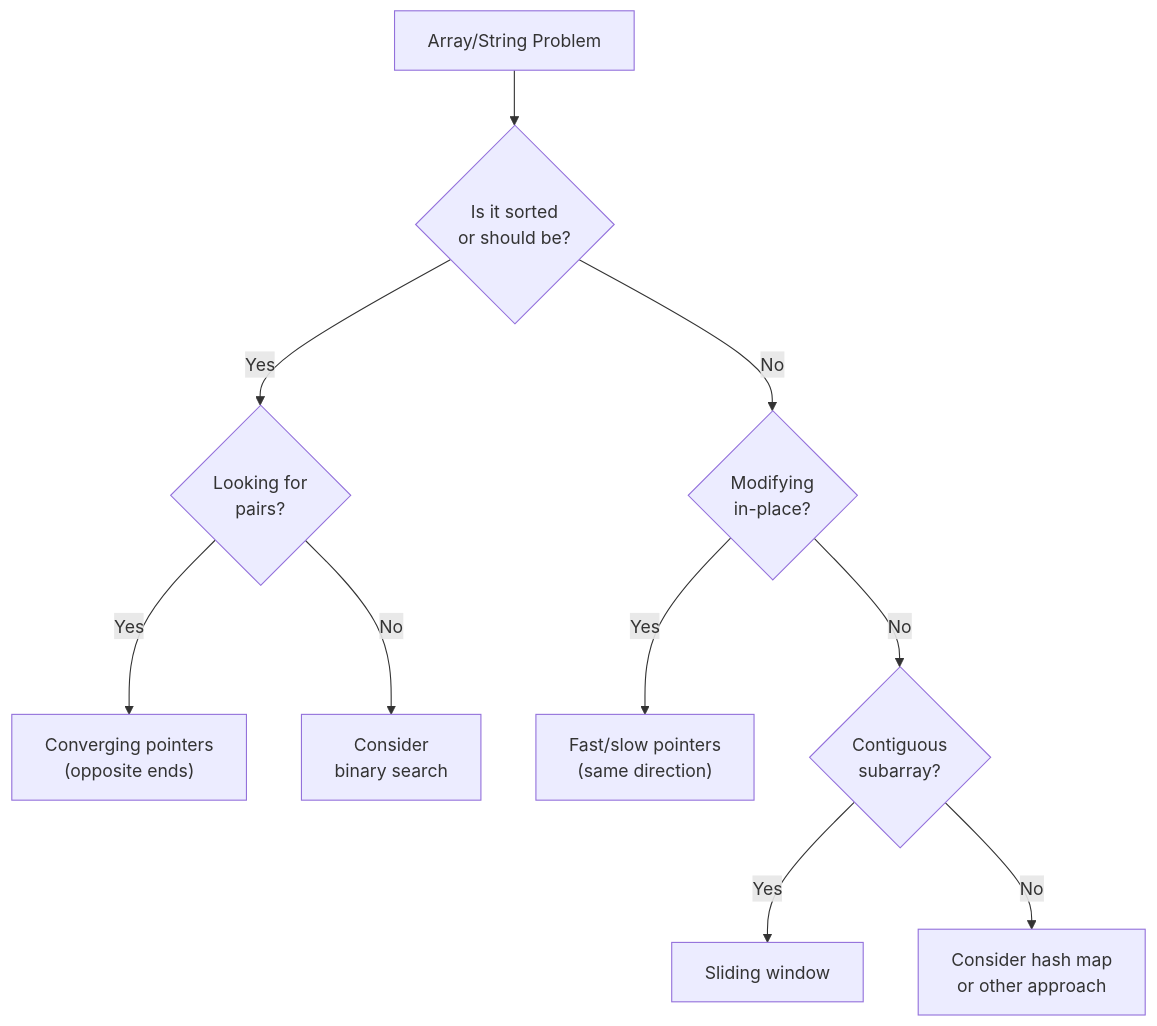
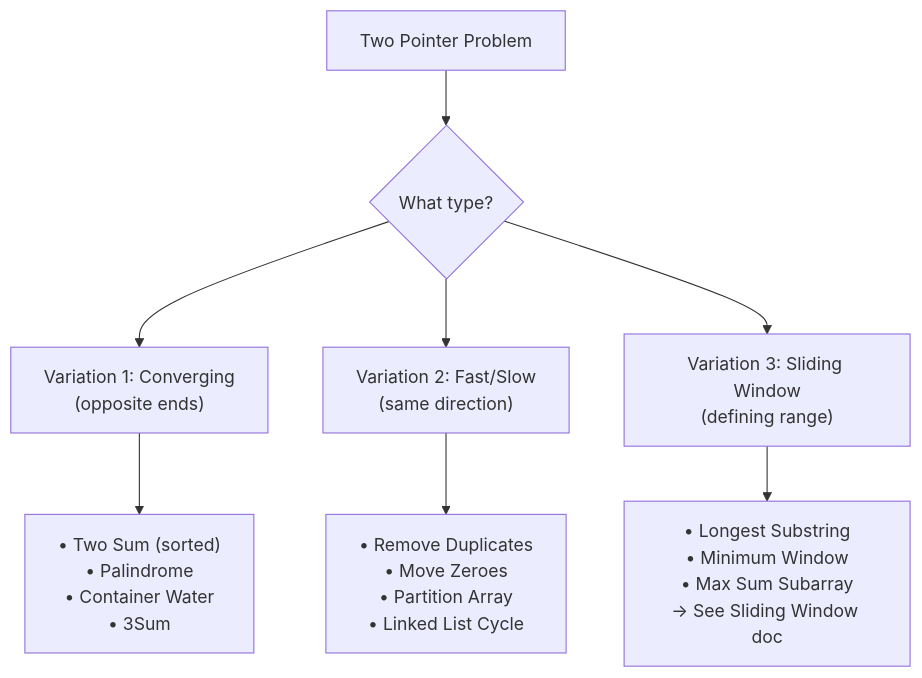
One commit to shivam-g-mishra/blog changed the diagram in docs/interview-guide/coding/patterns/array-patterns/two-pointers.md. Above: the diagram before and after it, drawn with Mermaid. The commit also changed other lines of this file and 69 other files, not shown here.

````diff
--- a/docs/interview-guide/coding/patterns/array-patterns/two-pointers.md
+++ b/docs/interview-guide/coding/patterns/array-patterns/two-pointers.md
@@ -297,16 +69,14 @@
 ```mermaid
 flowchart TD
-    start["Array/String Problem"] --> sorted{"Is it sorted<br/>or should be?"}
+    A[Two Pointer Problem] --> B{What type?}
     
-    sorted -->|"Yes"| pairs{"Looking for<br/>pairs?"}
-    sorted -->|"No"| modify{"Modifying<br/>in-place?"}
+    B --> C["Variation 1: Converging<br/>(opposite ends)"]
+    B --> D["Variation 2: Fast/Slow<br/>(same direction)"]
+    B --> E["Variation 3: Sliding Window<br/>(defining range)"]
     
-    pairs -->|"Yes"| converge["Converging pointers<br/>(opposite ends)"]
-    pairs -->|"No"| binary["Consider<br/>binary search"]
+    C --> C1["• Two Sum (sorted)<br/>• Palindrome<br/>• Container Water<br/>• 3Sum"]
     
-    modify -->|"Yes"| fast_slow["Fast/slow pointers<br/>(same direction)"]
-    modify -->|"No"| window{"Contiguous<br/>subarray?"}
+    D --> D1["• Remove Duplicates<br/>• Move Zeroes<br/>• Partition Array<br/>• Linked List Cycle"]
     
-    window -->|"Yes"| sliding["Sliding window"]
-    window -->|"No"| other["Consider hash map<br/>or other approach"]
+    E --> E1["• Longest Substring<br/>• Minimum Window<br/>• Max Sum Subarray<br/>→ See Sliding Window doc"]
 ```
````
